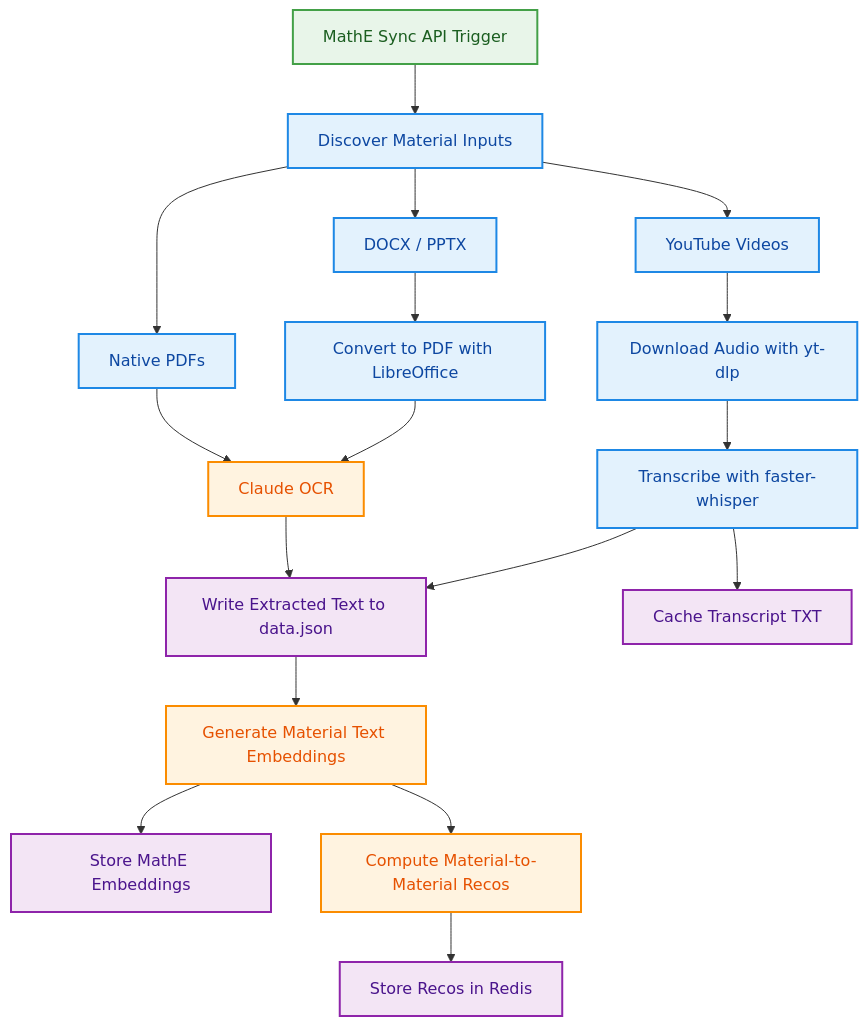
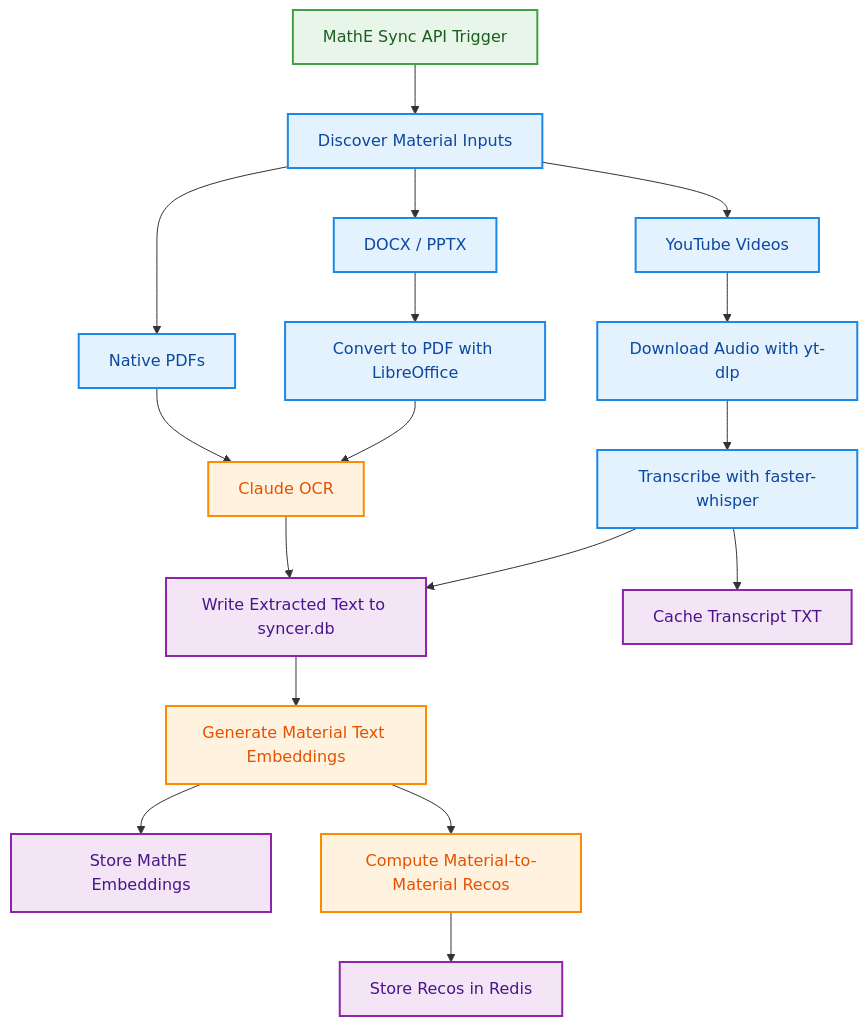
The diagram in docs/source/mathe_workflows.md (datagems-eosc/dataset-recsys), drawn with Mermaid before and after one commit. The commit also changed other lines of this file and 5 other files, not shown here.

````diff
--- a/docs/source/mathe_workflows.md
+++ b/docs/source/mathe_workflows.md
@@ -10,30 +10,30 @@
 ```mermaid
 %%{init: {'flowchart': {'nodeSpacing': 22, 'rankSpacing': 22, 'curve': 'linear'}, 'themeVariables': {'fontSize': '12px', 'lineColor': '#9E9E9E', 'edgeLabelBackground':'#ffffff', 'primaryBorderColor':'#BDBDBD', 'clusterBorder':'#E0E0E0', 'lineWidth':'0\.9px'}}}%%
 flowchart TB
     A[MathE Sync API Trigger] --> B[Discover Material Inputs]
     B --> C[Native PDFs]
     B --> D[DOCX / PPTX]
     B --> E[YouTube Videos]
     D --> F[Convert to PDF with LibreOffice]
     C --> G[Claude OCR]
     F --> G
     E --> H[Download Audio with yt-dlp]
     H --> I[Transcribe with faster-whisper]
-    G --> J[Write Extracted Text to data.json]
+    G --> J[Write Extracted Text to syncer.db]
     I --> J
     I --> K[Cache Transcript TXT]
     J --> L[Generate Material Text Embeddings]
     L --> M[Store MathE Embeddings]
     L --> N[Compute Material-to-Material Recos]
     N --> O[Store Recos in Redis]
 
     classDef trigger fill:#E8F5E9,stroke:#43A047,stroke-width:2px,color:#1B5E20;
     classDef prep fill:#E3F2FD,stroke:#1E88E5,stroke-width:2px,color:#0D47A1;
     classDef compute fill:#FFF3E0,stroke:#FB8C00,stroke-width:2px,color:#E65100;
     classDef storage fill:#F3E5F5,stroke:#8E24AA,stroke-width:2px,color:#4A148C;
 
     class A trigger;
     class B,C,D,E,F,H,I prep;
     class G,L,N compute;
     class J,K,M,O storage;
 ```
````
